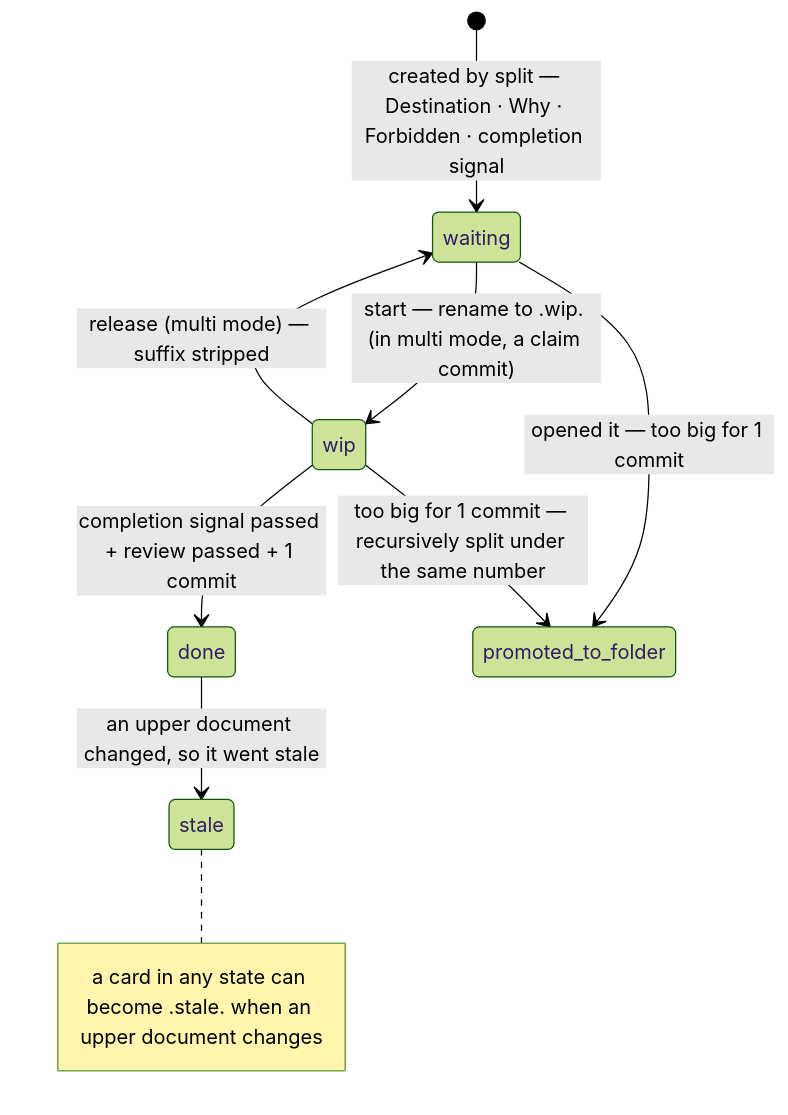
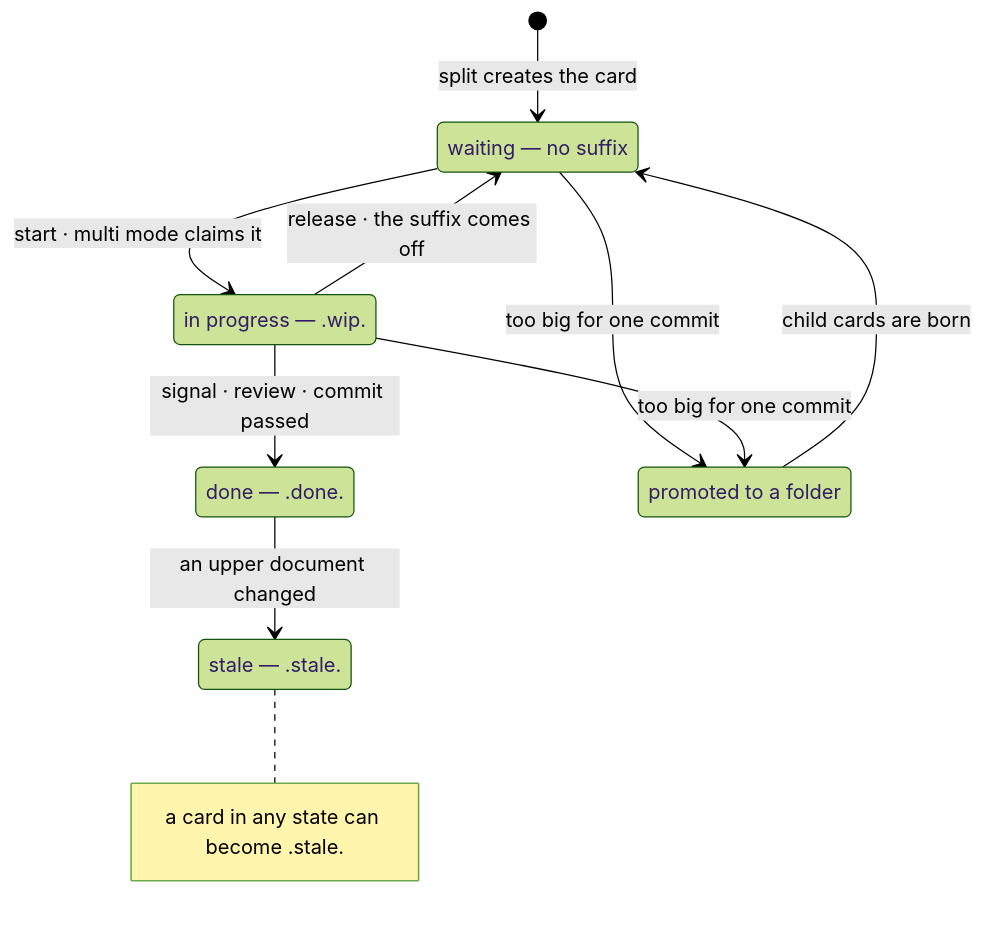
The second of 5 diagrams in README.md (nanomia-ai/devflow), drawn with Mermaid (forest theme) before and after one commit. The commit also changed other lines of this file and 5 other files, not shown here.

````diff
--- a/README.md
+++ b/README.md
@@ -117,11 +108,17 @@
 ```mermaid
 stateDiagram-v2
-    [*] --> waiting: created by split — Destination · Why · Forbidden · completion signal
-    waiting --> wip: start — rename to .wip. (in multi mode, a claim commit)
-    wip --> waiting: release (multi mode) — suffix stripped
-    wip --> done: completion signal passed + review passed + 1 commit
-    waiting --> promoted_to_folder: opened it — too big for 1 commit
-    wip --> promoted_to_folder: too big for 1 commit — recursively split under the same number
-    done --> stale: an upper document changed, so it went stale
-    note right of stale : a card in any state can become .stale. when an upper document changes
+    state "waiting — no suffix" as WAIT
+    state "in progress — .wip." as WIP
+    state "done — .done." as DONE
+    state "stale — .stale." as STALE
+    state "promoted to a folder" as FOLDER
+    [*] --> WAIT: split creates the card
+    WAIT --> WIP: start · multi mode claims it
+    WIP --> WAIT: release · the suffix comes off
+    WIP --> DONE: signal · review · commit passed
+    WAIT --> FOLDER: too big for one commit
+    WIP --> FOLDER: too big for one commit
+    FOLDER --> WAIT: child cards are born
+    DONE --> STALE: an upper document changed
+    note right of STALE : a card in any state can become .stale.
 ```
````
